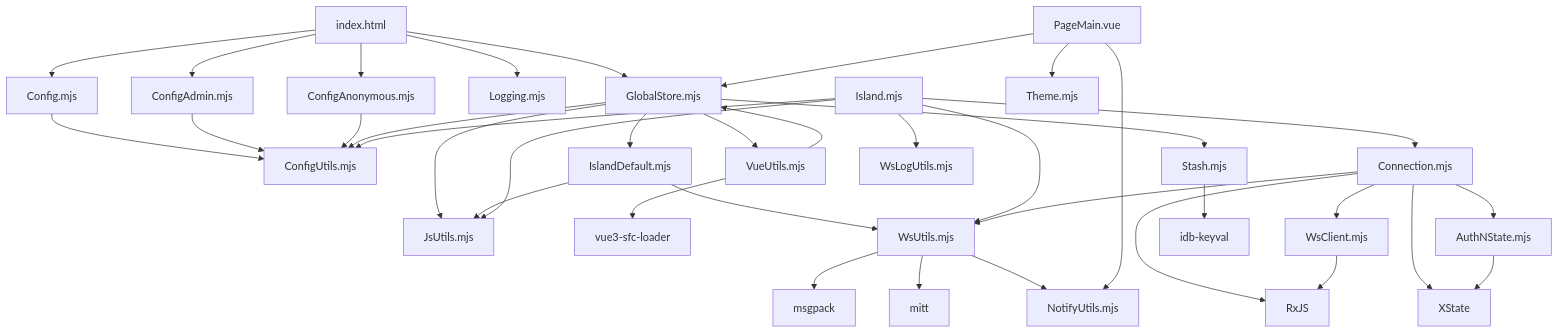
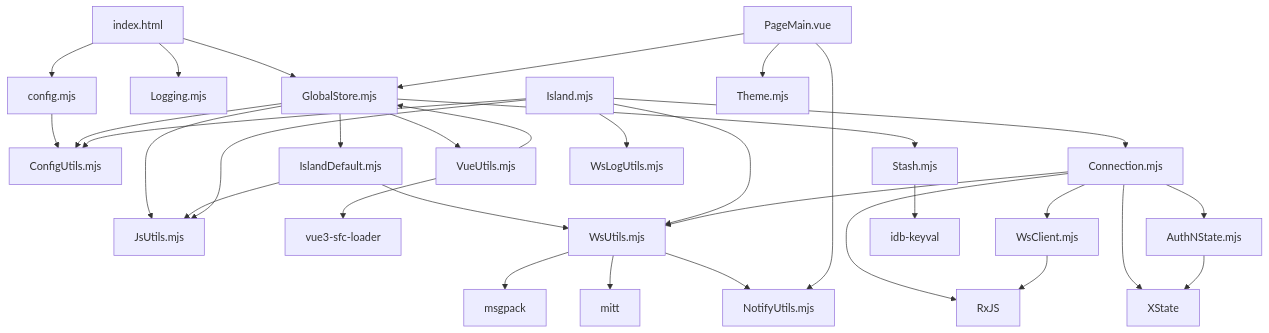
One commit to c0ckp1t/c0ckp1t-webroot changed the ninth of 9 diagrams in docs/Architecture-MMD.md. Above: the diagram before and after it, drawn with Mermaid. The commit also changed other lines of this file and 27 other files, not shown here.

````diff
--- a/docs/Architecture-MMD.md
+++ b/docs/Architecture-MMD.md
@@ -640,54 +632,48 @@
 ```mermaid
 graph TD
     HTML["index.html"]
-    CONFIG["Config.mjs"]
-    CA["ConfigAdmin.mjs"]
-    CANON["ConfigAnonymous.mjs"]
+    CONFIG["config.mjs"]
 
     HTML --> CONFIG
-    HTML --> CA
-    HTML --> CANON
     HTML --> LOG["Logging.mjs"]
     HTML --> GS["GlobalStore.mjs"]
 
     CONFIG --> CU["ConfigUtils.mjs"]
-    CA --> CU
-    CANON --> CU
 
     GS --> VU["VueUtils.mjs"]
     GS --> CU
     GS --> ID["IslandDefault.mjs"]
     GS --> STASH["Stash.mjs"]
     GS --> JU["JsUtils.mjs"]
 
     VU --> SFC["vue3-sfc-loader"]
     VU --> GS
 
     ID --> WU["WsUtils.mjs"]
     ID --> JU
 
     IS["Island.mjs"] --> CONN["Connection.mjs"]
     IS --> WU
     IS --> CU
     IS --> JU
     IS --> WLOG["WsLogUtils.mjs"]
 
     CONN --> WC["WsClient.mjs"]
     CONN --> AUTH["AuthNState.mjs"]
     CONN --> WU
     CONN --> RXJS["RxJS"]
     CONN --> XST["XState"]
 
     WC --> RXJS
     AUTH --> XST
 
     WU --> MSGPACK["msgpack"]
     WU --> MITT["mitt"]
     WU --> NU["NotifyUtils.mjs"]
 
     STASH --> IDB["idb-keyval"]
 
     PM["PageMain.vue"] --> GS
     PM --> TH["Theme.mjs"]
     PM --> NU
 ```
````
